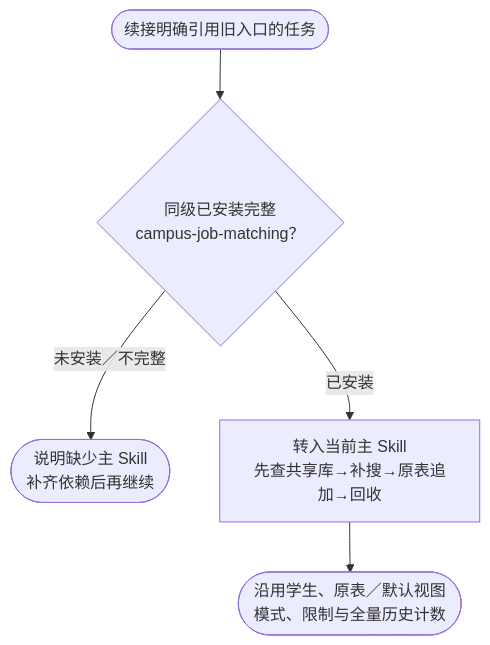
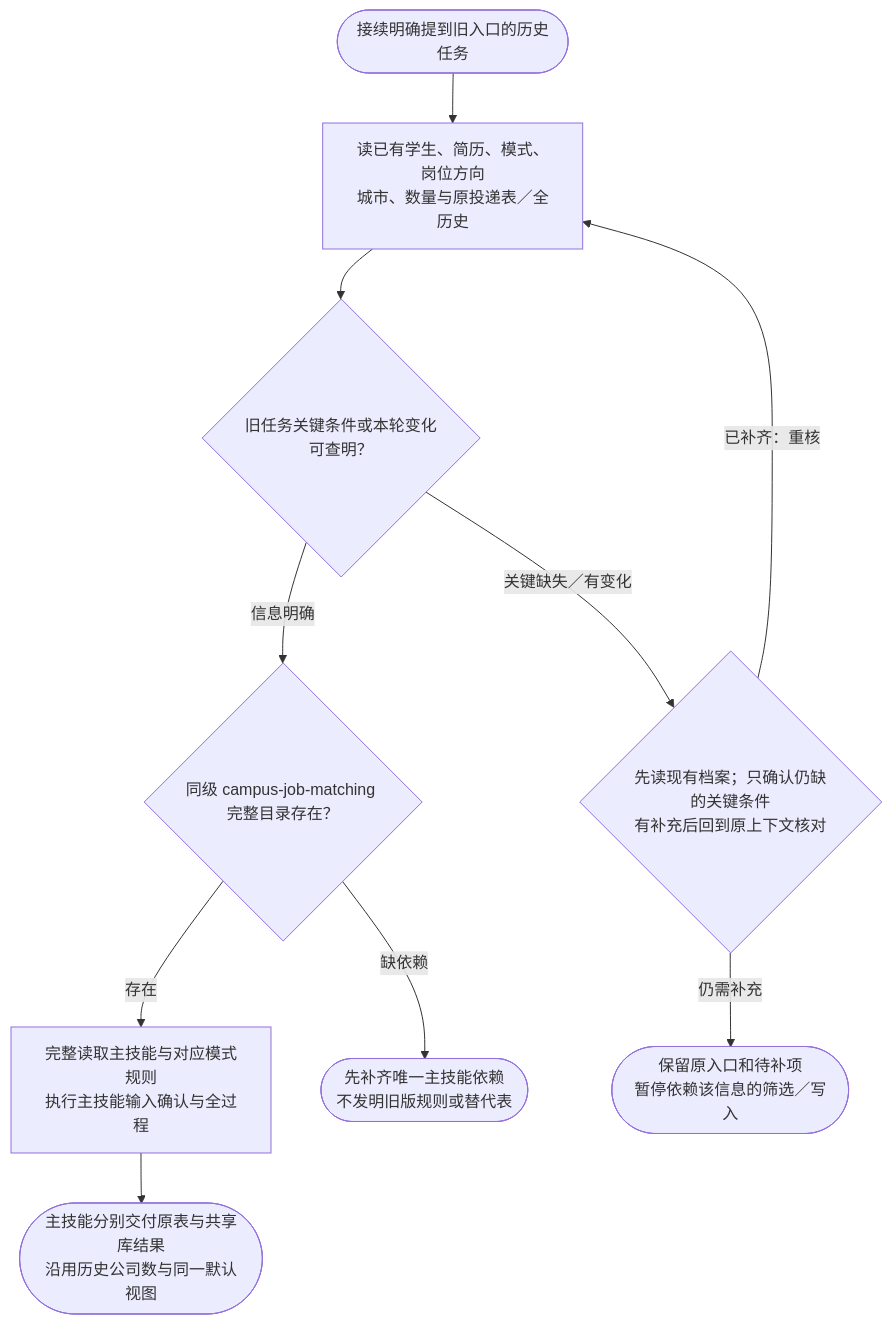
The diagram in skills/campus-recommend/references/workflow.md (Amentman/campus-career-delivery), drawn with Mermaid before and after one commit. The commit also changed other lines of this file and 67 other files, not shown here.

````diff
--- a/skills/campus-recommend/references/workflow.md
+++ b/skills/campus-recommend/references/workflow.md
@@ -39,12 +122,21 @@
 ```mermaid
 flowchart TB
-  start(["续接明确引用旧入口的任务"])
-  dependency{"同级已安装完整<br/>campus-job-matching？"}
-  missing(["说明缺少主 Skill<br/>补齐依赖后再继续"])
-  handoff["转入当前主 Skill<br/>先查共享库→补搜→原表追加→回收"]
-  done(["沿用学生、原表／默认视图<br/>模式、限制与全量历史计数"])
-  start --> dependency
-  dependency -->|"未安装／不完整"| missing
-  dependency -->|"已安装"| handoff
-  handoff --> done
+  legacy_in(["接续明确提到旧入口的历史任务"])
+  legacy_read["读已有学生、简历、模式、岗位方向<br/>城市、数量与原投递表／全历史"]
+  legacy_gate{"旧任务关键条件或本轮变化可查明？"}
+  legacy_clarify{"先读现有档案；只确认仍缺的关键条件<br/>有补充后回到原上下文核对"}
+  legacy_wait(["保留原入口和待补项<br/>暂停依赖该信息的筛选／写入"])
+  legacy_dependency{"同级 campus-job-matching 完整目录存在？"}
+  legacy_missing(["先补齐唯一主技能依赖<br/>不发明旧版规则或替代表"])
+  legacy_main["完整读取主技能与对应模式规则<br/>执行主技能输入确认与全过程"]
+  legacy_out(["主技能分别交付原表与共享库结果<br/>沿用历史公司数与同一默认视图"])
+  legacy_in --> legacy_read
+  legacy_read --> legacy_gate
+  legacy_gate -->|"信息明确"| legacy_dependency
+  legacy_gate -->|"关键缺失／有变化"| legacy_clarify
+  legacy_clarify -->|"已补齐：重核"| legacy_read
+  legacy_clarify -->|"仍需补充"| legacy_wait
+  legacy_dependency -->|"存在"| legacy_main
+  legacy_dependency -->|"缺依赖"| legacy_missing
+  legacy_main --> legacy_out
 ```
````
